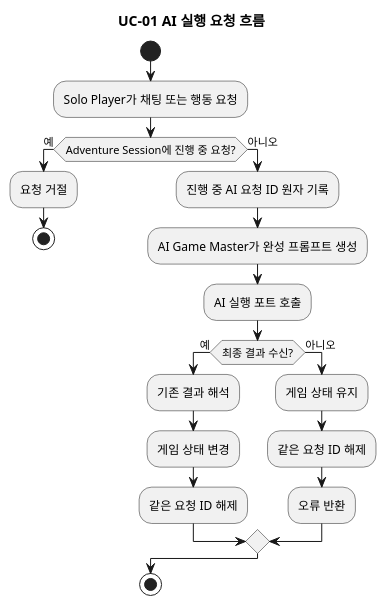
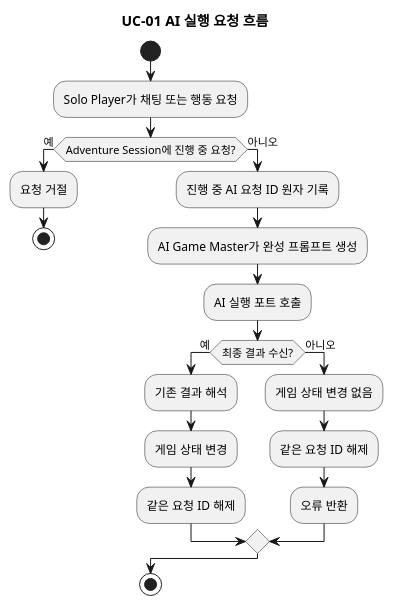
One commit to omegafrog/dnd-master changed the first of 8 diagrams in docs/specs/remote-codex-agent-port/architecture-spec.md. Above: the diagram before and after it, drawn with PlantUML. The commit also changed other lines of this file and 17 other files, not shown here.

````diff
--- a/docs/specs/remote-codex-agent-port/architecture-spec.md
+++ b/docs/specs/remote-codex-agent-port/architecture-spec.md
@@ -35,25 +35,25 @@
 ```plantuml
 @startuml
 title UC-01 AI 실행 요청 흐름
 start
 :Solo Player가 채팅 또는 행동 요청;
 if (Adventure Session에 진행 중 요청?) then (예)
   :요청 거절;
   stop
 else (아니오)
   :진행 중 AI 요청 ID 원자 기록;
   :AI Game Master가 완성 프롬프트 생성;
   :AI 실행 포트 호출;
   if (최종 결과 수신?) then (예)
     :기존 결과 해석;
     :게임 상태 변경;
     :같은 요청 ID 해제;
   else (아니오)
-    :게임 상태 유지;
+    :게임 상태 변경 없음;
     :같은 요청 ID 해제;
     :오류 반환;
   endif
 endif
 stop
 @enduml
 ```
````
